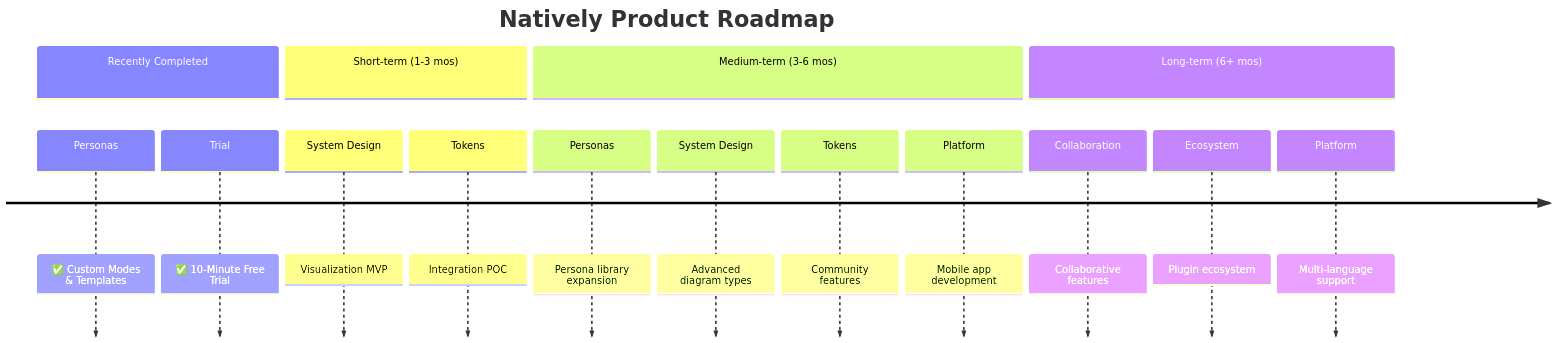
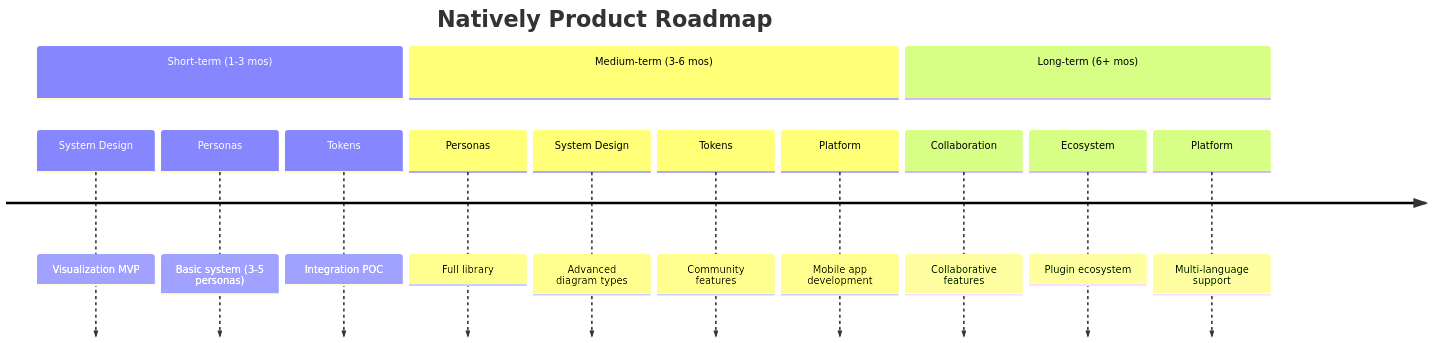
Before and after one commit to tarunshetty125/teamsync-build: the diagram in README.md, drawn with Mermaid. The commit also changed other lines of this file and 14 other files, not shown here.

````diff
--- a/README.md
+++ b/README.md
@@ -710,19 +699,17 @@
 ```mermaid
 timeline
     title Natively Product Roadmap
-    section Recently Completed
-        Personas : ✅ Custom Modes & Templates
-        Trial : ✅ 10-Minute Free Trial
     section Short-term (1-3 mos)
         System Design : Visualization MVP
+        Personas : Basic system (3-5 personas)
         Tokens : Integration POC
     section Medium-term (3-6 mos)
-        Personas : Persona library expansion
+        Personas : Full library
         System Design : Advanced diagram types
         Tokens : Community features
         Platform : Mobile app development
     section Long-term (6+ mos)
         Collaboration : Collaborative features
         Ecosystem : Plugin ecosystem
         Platform : Multi-language support
 ```
````
